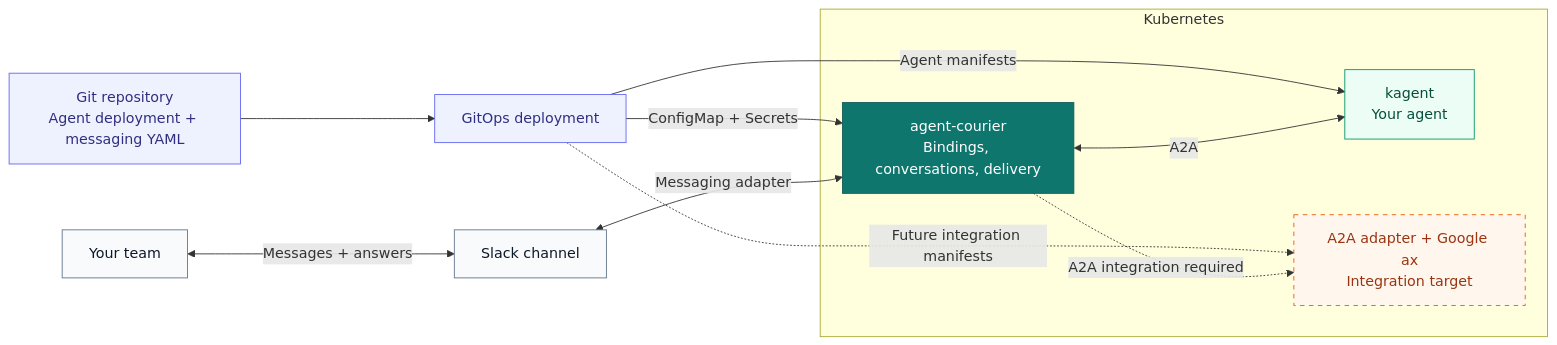
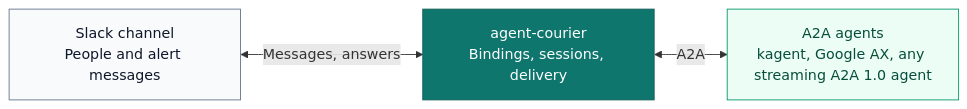
One commit to agentkourier/agent-kourier changed the diagram in README.md. Above: the diagram before and after it, drawn with Mermaid. The commit also changed other lines of this file and 2 other files, not shown here.

First line of the commit message:
docs(readme): lead with the pitch, the differentiators and an integration matrix

````diff
--- a/README.md
+++ b/README.md
@@ -19,33 +60,16 @@
 ```mermaid
 flowchart LR
-    Git["Git repository<br/>Agent deployment + messaging YAML"]
-    GitOps["GitOps deployment"]
-    People["Your team"]
-    Slack["Slack channel"]
+    Slack["Slack channel<br/>People and alert messages"]
+    Courier["agent-courier<br/>Bindings, sessions, delivery"]
+    Agents["A2A agents<br/>kagent, Google AX, any streaming A2A 1.0 agent"]
 
-    subgraph K8s["Kubernetes"]
-        Courier["agent-courier<br/>Bindings, conversations, delivery"]
-        Kagent["kagent<br/>Your agent"]
-        Ax["A2A adapter + Google ax<br/>Integration target"]
-    end
+    Slack <-->|Messages, answers| Courier
+    Courier <-->|A2A| Agents
 
-    Git --> GitOps
-    GitOps -->|ConfigMap + Secrets| Courier
-    GitOps -->|Agent manifests| Kagent
-    GitOps -.->|Future integration manifests| Ax
-    People <-->|Messages + answers| Slack
-    Slack <-->|Messaging adapter| Courier
-    Courier <-->|A2A| Kagent
-    Courier -.->|A2A integration required| Ax
-
-    classDef config fill:#eef2ff,stroke:#6366f1,color:#312e81
+    classDef human fill:#f8fafc,stroke:#64748b,color:#0f172a
     classDef broker fill:#0f766e,stroke:#115e59,color:#ffffff
     classDef runtime fill:#ecfdf5,stroke:#059669,color:#064e3b
-    classDef human fill:#f8fafc,stroke:#64748b,color:#0f172a
-    classDef planned fill:#fff7ed,stroke:#ea580c,color:#9a3412,stroke-dasharray:5 5
-    class Git,GitOps config
+    class Slack human
     class Courier broker
-    class Kagent runtime
-    class People,Slack human
-    class Ax planned
+    class Agents runtime
 ```
````
